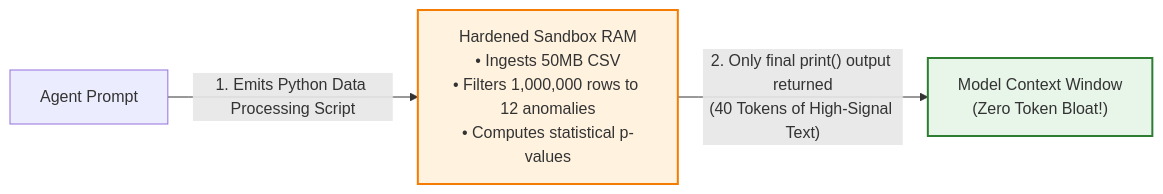
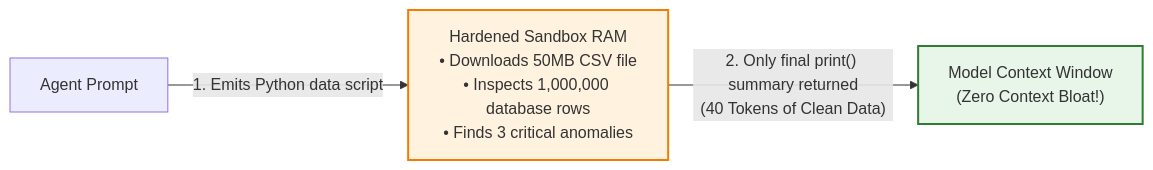
Before and after one commit to dip4k/senior-engineer-to-ai-engineer-roadmap: the fourth of 4 diagrams in 04-agentic-systems-and-orchestration/06-codeact-and-sandboxed-execution-runtimes.md, drawn with Mermaid. The commit also changed other lines of this file and 11 other files, not shown here.

````diff
--- a/04-agentic-systems-and-orchestration/06-codeact-and-sandboxed-execution-runtimes.md
+++ b/04-agentic-systems-and-orchestration/06-codeact-and-sandboxed-execution-runtimes.md
@@ -178,9 +207,9 @@
 ```mermaid
 flowchart LR
     classDef sand fill:#fff3e0,stroke:#f57c00,stroke-width:2px;
     classDef ctx fill:#e8f5e9,stroke:#2e7d32,stroke-width:2px;
 
-    Agent["Agent Prompt"] -->|"1. Emits Python Data Processing Script"| Box["Hardened Sandbox RAM\n• Ingests 50MB CSV\n• Filters 1,000,000 rows to 12 anomalies\n• Computes statistical p-values"]:::sand
+    Prompt["Agent Prompt"] -->|"1. Emits Python data script"| Box["Hardened Sandbox RAM\n• Downloads 50MB CSV file\n• Inspects 1,000,000 database rows\n• Finds 3 critical anomalies"]:::sand
     
-    Box -->|"2. Only final print() output returned\n(40 Tokens of High-Signal Text)"| Ctx["Model Context Window\n(Zero Token Bloat!)"]:::ctx
+    Box -->|"2. Only final print() summary returned\n(40 Tokens of Clean Data)"| Ctx["Model Context Window\n(Zero Context Bloat!)"]:::ctx
 ```
````
